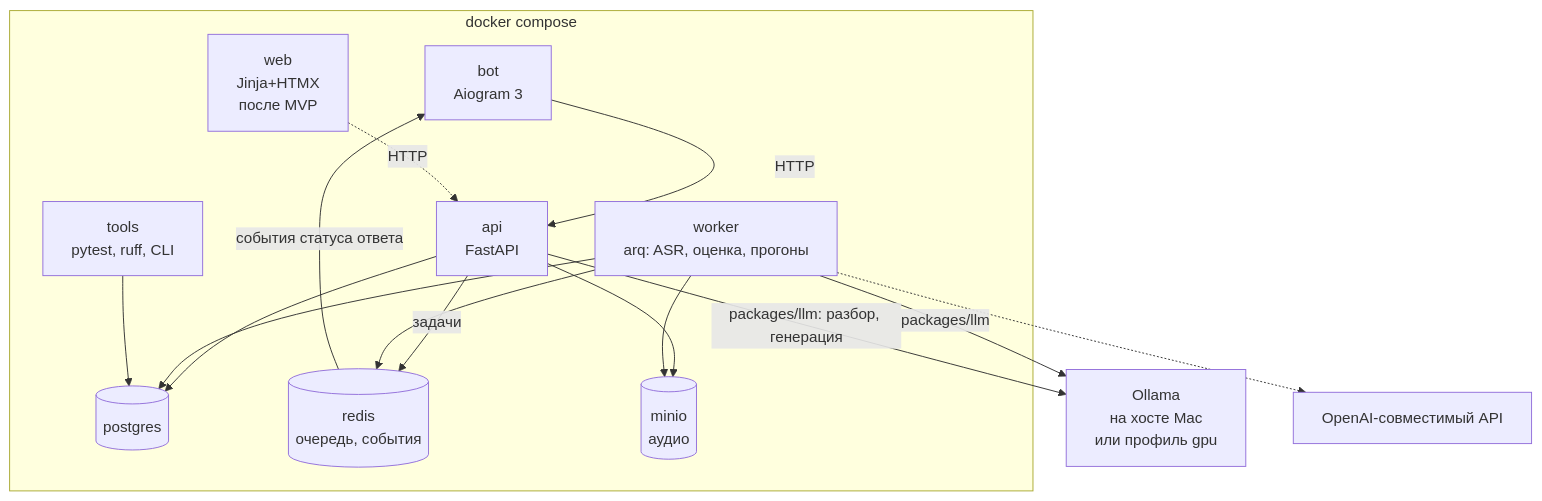
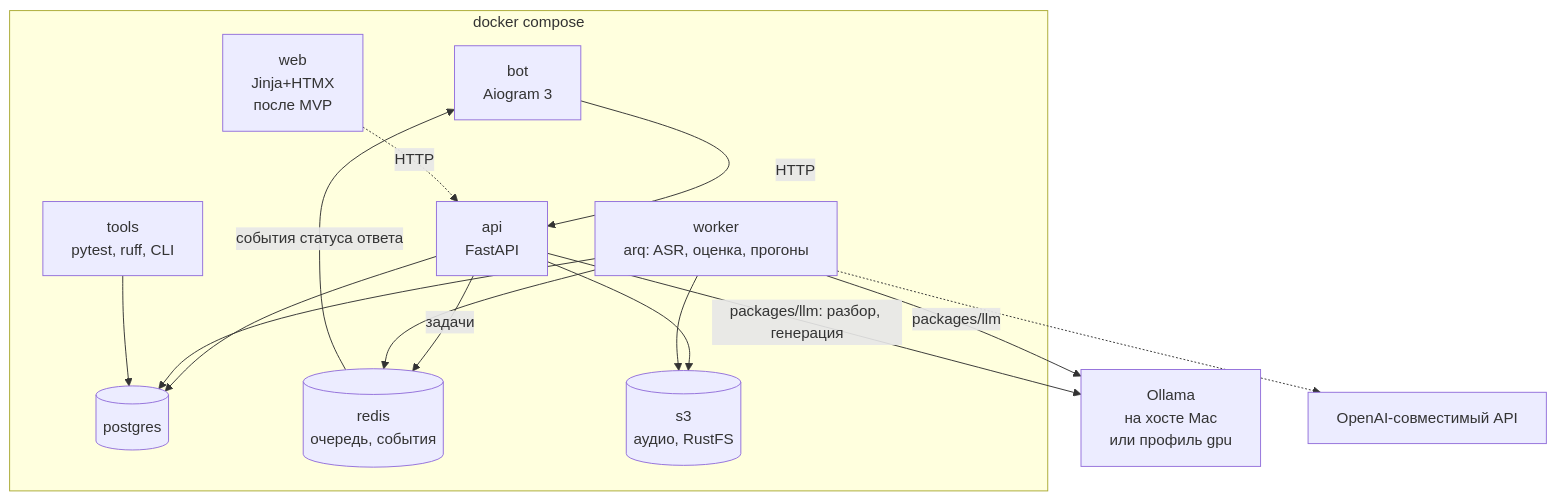
One commit to lama2x2/sobesnik changed the second of 2 diagrams in docs/specs/000-overview.md. Above: the diagram before and after it, drawn with Mermaid. The commit also changed other lines of this file and 4 other files, not shown here.

Commit message:
Закрыть спринт 4: итоги голосового ответа, обновить 000, roadmap, README

````diff
--- a/docs/specs/000-overview.md
+++ b/docs/specs/000-overview.md
@@ -216,29 +221,29 @@
 ```mermaid
 flowchart TB
     subgraph compose[docker compose]
         bot[bot\nAiogram 3]
         web[web\nJinja+HTMX\nпосле MVP]
         api[api\nFastAPI]
         worker[worker\narq: ASR, оценка, прогоны]
         pg[(postgres)]
         redis[(redis\nочередь, события)]
-        minio[(minio\nаудио)]
+        s3[(s3\nаудио, RustFS)]
         tools[tools\npytest, ruff, CLI]
     end
     ollama[Ollama\nна хосте Mac\nили профиль gpu]
     cloud[OpenAI-совместимый API]
 
     bot -->|HTTP| api
     web -.->|HTTP| api
     api --> pg
-    api --> minio
+    api --> s3
     api -->|задачи| redis
     worker --> redis
     worker --> pg
-    worker --> minio
+    worker --> s3
     worker -->|packages/llm| ollama
     worker -.-> cloud
     api -->|packages/llm: разбор, генерация| ollama
     redis -->|события статуса ответа| bot
     tools --> pg
 ```
````
